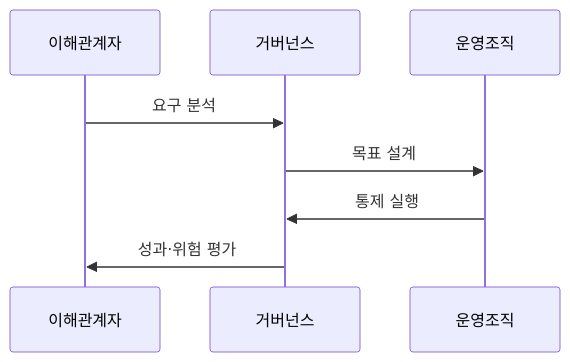
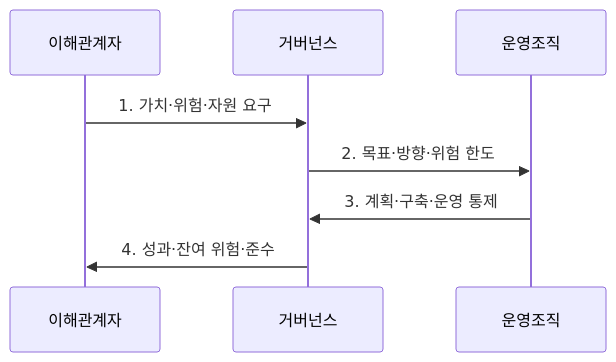
Before and after one commit to agnusdei1207/knowledge-base: the diagram in src/content/docs/notes/07-law-policy/005_it_governance_cobit.md, drawn with Mermaid. The commit also changed other lines of this file and 9 other files, not shown here.

````diff
--- a/src/content/docs/notes/07-law-policy/005_it_governance_cobit.md
+++ b/src/content/docs/notes/07-law-policy/005_it_governance_cobit.md
@@ -66,10 +66,10 @@
 ```mermaid
 sequenceDiagram
     participant S as 이해관계자
     participant G as 거버넌스
     participant O as 운영조직
-    S->>G: 요구 분석
-    G->>O: 목표 설계
-    O->>G: 통제 실행
-    G->>S: 성과·위험 평가
+    S->>G: 1. 가치·위험·자원 요구
+    G->>O: 2. 목표·방향·위험 한도
+    O->>G: 3. 계획·구축·운영 통제
+    G->>S: 4. 성과·잔여 위험·준수
 ```
````
